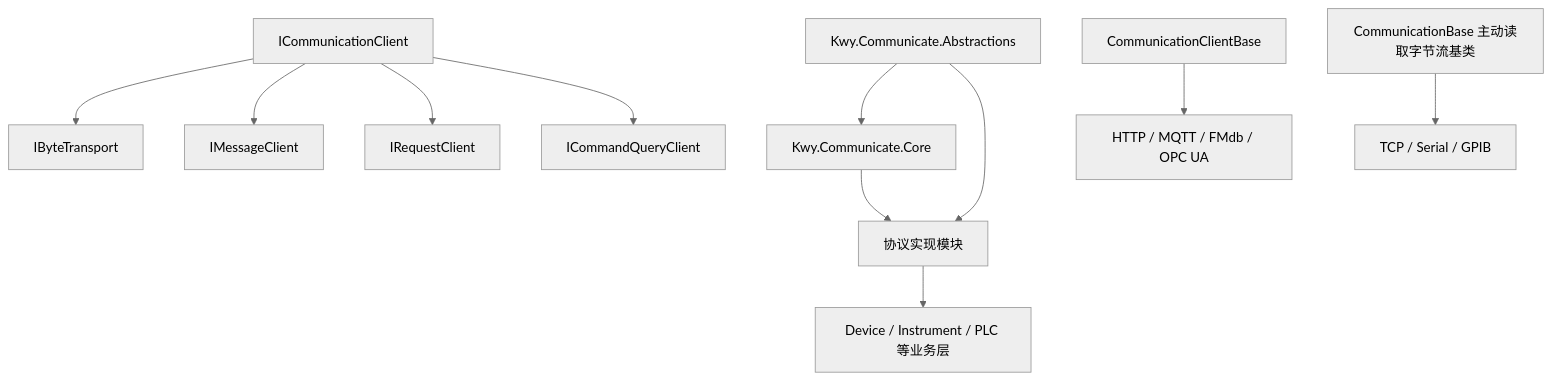
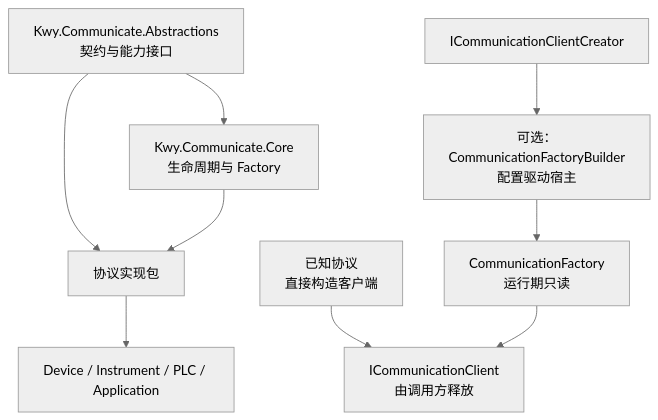
The diagram in Kwy.Communicate.Abstractions/COMMUNICATION_ARCHITECTURE.md (SheriffBlack/KwyFramework), drawn with Mermaid (neutral theme) before and after one commit. The commit also changed other lines of this file and 91 other files, not shown here.

````diff
--- a/Kwy.Communicate.Abstractions/COMMUNICATION_ARCHITECTURE.md
+++ b/Kwy.Communicate.Abstractions/COMMUNICATION_ARCHITECTURE.md
@@ -120,16 +19,12 @@
 ```mermaid
 flowchart TD
-    A["Kwy.Communicate.Abstractions"] --> B["Kwy.Communicate.Core"]
-    A --> C["协议实现模块"]
+    A["Kwy.Communicate.Abstractions<br/>契约与能力接口"] --> B["Kwy.Communicate.Core<br/>生命周期与 Factory"]
+    A --> C["协议实现包"]
     B --> C
+    C --> D["Device / Instrument / PLC / Application"]
 
-    A1["ICommunicationClient"] --> A2["IByteTransport"]
-    A1 --> A3["IMessageClient<TMessage>"]
-    A1 --> A4["IRequestClient<TRequest, TResponse>"]
-    A1 --> A5["ICommandQueryClient"]
-
-    B1["CommunicationClientBase"] --> C1["HTTP / MQTT / FMdb / OPC UA"]
-    B2["CommunicationBase 主动读取字节流基类"] --> C2["TCP / Serial / GPIB"]
-
-    C --> D["Device / Instrument / PLC 等业务层"]
+    U["已知协议<br/>直接构造客户端"] --> X["ICommunicationClient<br/>由调用方释放"]
+    R["可选：CommunicationFactoryBuilder<br/>配置驱动宿主"] --> F["CommunicationFactory<br/>运行期只读"]
+    P["ICommunicationClientCreator<TConfig>"] --> R
+    F --> X
 ```
````
